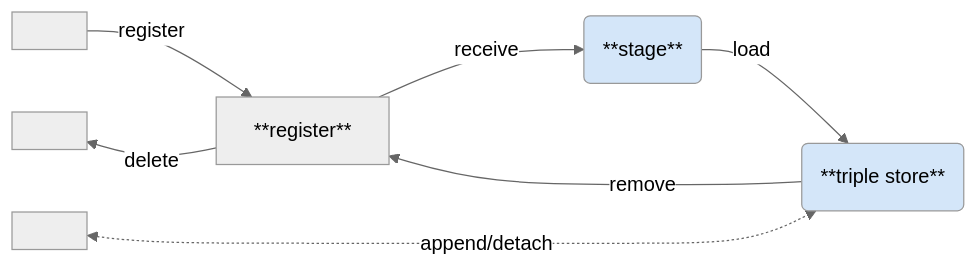
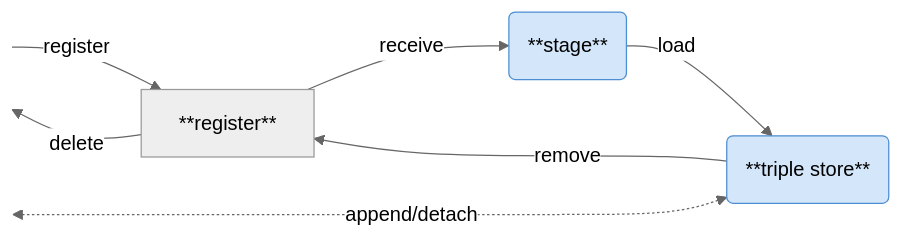
One commit to nfdi4objects/n4o-graph-importer changed the diagram in README.md. Above: the diagram before and after it, drawn with Mermaid (neutral theme). The commit also changed other lines of this file and 4 other files, not shown here.

````diff
--- a/README.md
+++ b/README.md
@@ -82,20 +83,21 @@
 ```mermaid
 flowchart LR
   END[ ]:::hidden
   START[ ]:::hidden
   C[ ]:::hidden
   R["**register**"]
   S("**stage**"):::data
   T("**triple store**"):::data
 
   START -- register --> R 
   R -- receive --> S
   S -- load --> T
   T -- remove --> R
   R -- delete --> END
   END ~~~ R
   C  ~~~ R
   C <-. append/detach .-> T
 
-classDef data  fill:#D4E6F9;
+classDef hidden display: none;
+classDef data stroke:#4d8dd1, fill:#D4E6F9;
 ```
````
